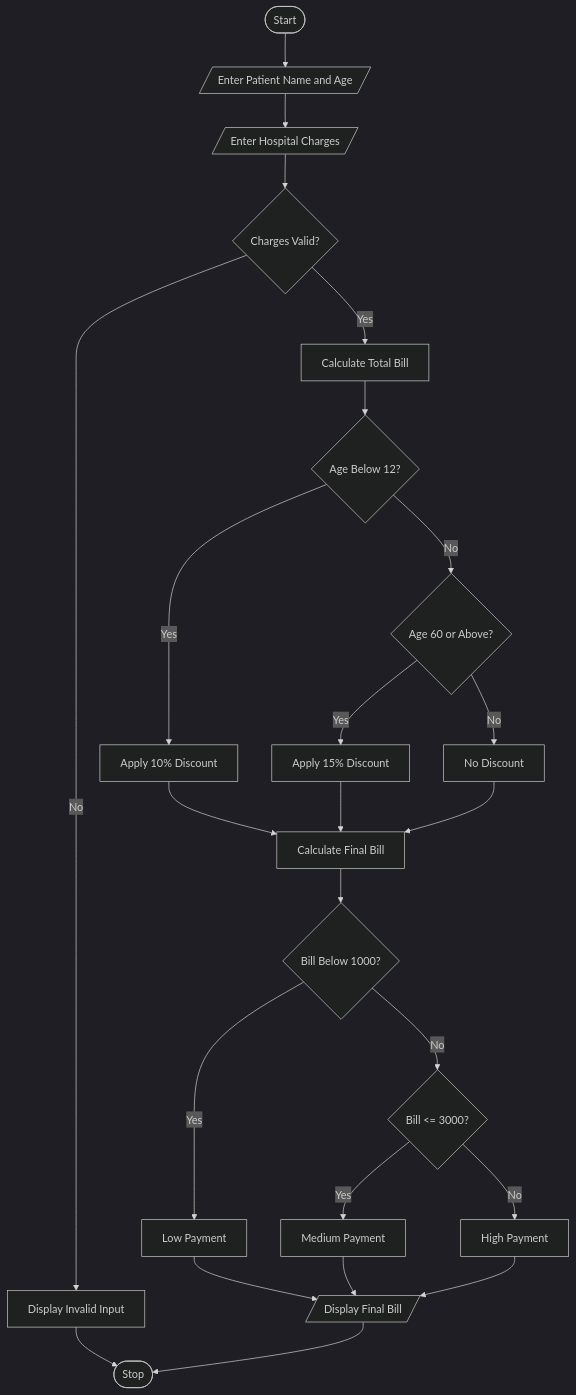
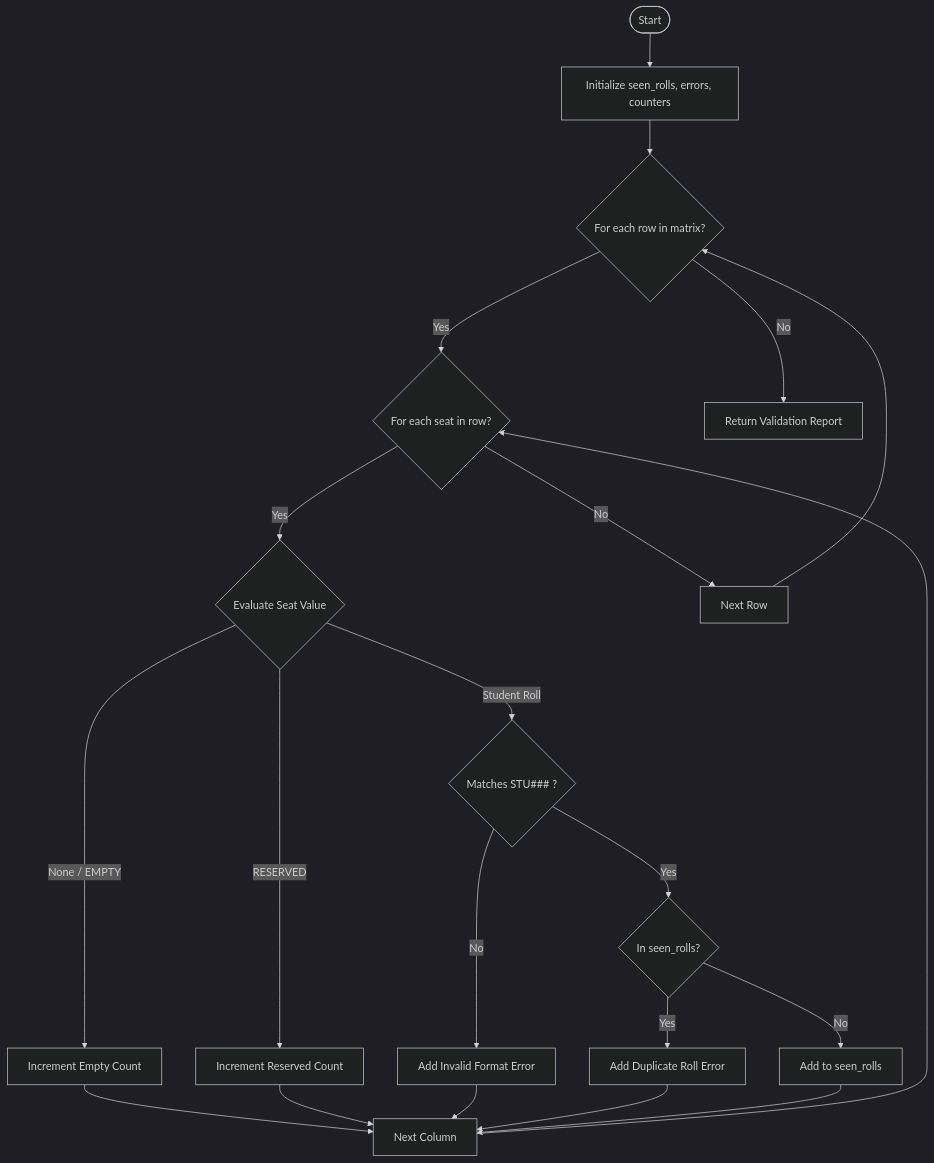
The diagram in task3/code.md (mummadichaitanya3-creator/python-assignments-), drawn with Mermaid (dark theme) before and after one commit. The commit also changed other lines of this file, not shown here.

````diff
--- a/task3/code.md
+++ b/task3/code.md
@@ -37,26 +36,21 @@
 ```mermaid
 flowchart TD
-    A([Start]) --> B[/Enter Patient Name and Age/]
-    B --> C[/Enter Hospital Charges/]
-    C --> D{Charges Valid?}
-    D -- No --> E[Display Invalid Input]
-    E --> Z([Stop])
-    D -- Yes --> F[Calculate Total Bill]
-    F --> G{Age Below 12?}
-    G -- Yes --> H[Apply 10% Discount]
-    G -- No --> I{Age 60 or Above?}
-    I -- Yes --> J[Apply 15% Discount]
-    I -- No --> K[No Discount]
-    H --> L[Calculate Final Bill]
-    J --> L
-    K --> L
-    L --> M{Bill Below 1000?}
-    M -- Yes --> N[Low Payment]
-    M -- No --> O{Bill <= 3000?}
-    O -- Yes --> P[Medium Payment]
-    O -- No --> Q[High Payment]
-    N --> R[/Display Final Bill/]
-    P --> R
-    Q --> R
-    R --> Z([Stop])
+    Start([Start]) --> Init[Initialize seen_rolls, errors, counters]
+    Init --> RowLoop{For each row in matrix?}
+    RowLoop -- Yes --> ColLoop{For each seat in row?}
+    RowLoop -- No --> ReturnRes[Return Validation Report]
+    
+    ColLoop -- Yes --> CheckType{Evaluate Seat Value}
+    ColLoop -- No --> NextRow[Next Row] --> RowLoop
+    
+    CheckType -- None / EMPTY --> IncEmpty[Increment Empty Count] --> NextCol[Next Column] --> ColLoop
+    CheckType -- RESERVED --> IncRes[Increment Reserved Count] --> NextCol
+    CheckType -- Student Roll --> MatchFormat{Matches STU### ?}
+    
+    MatchFormat -- No --> ErrFormat[Add Invalid Format Error] --> NextCol
+    MatchFormat -- Yes --> CheckDup{In seen_rolls?}
+    
+    CheckDup -- Yes --> ErrDup[Add Duplicate Roll Error] --> NextCol
+    CheckDup -- No --> AddRoll[Add to seen_rolls] --> NextCol
+
 ```
````
